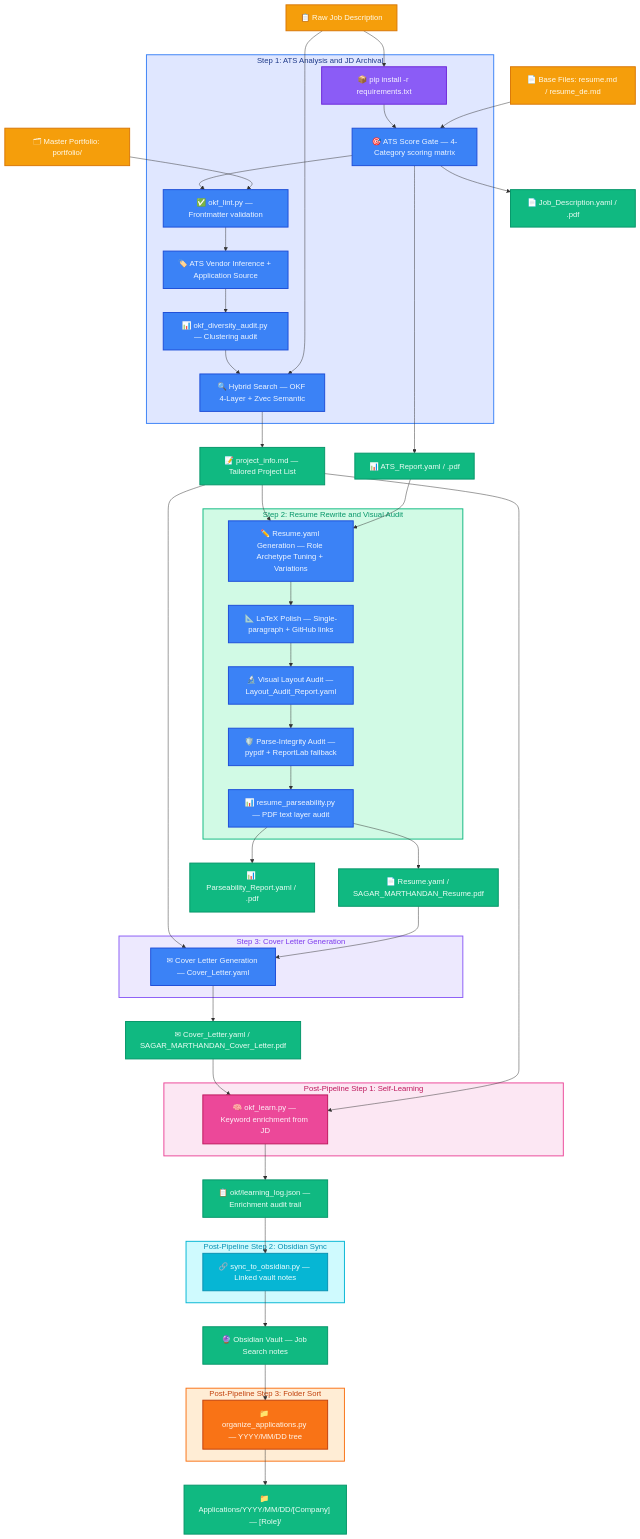
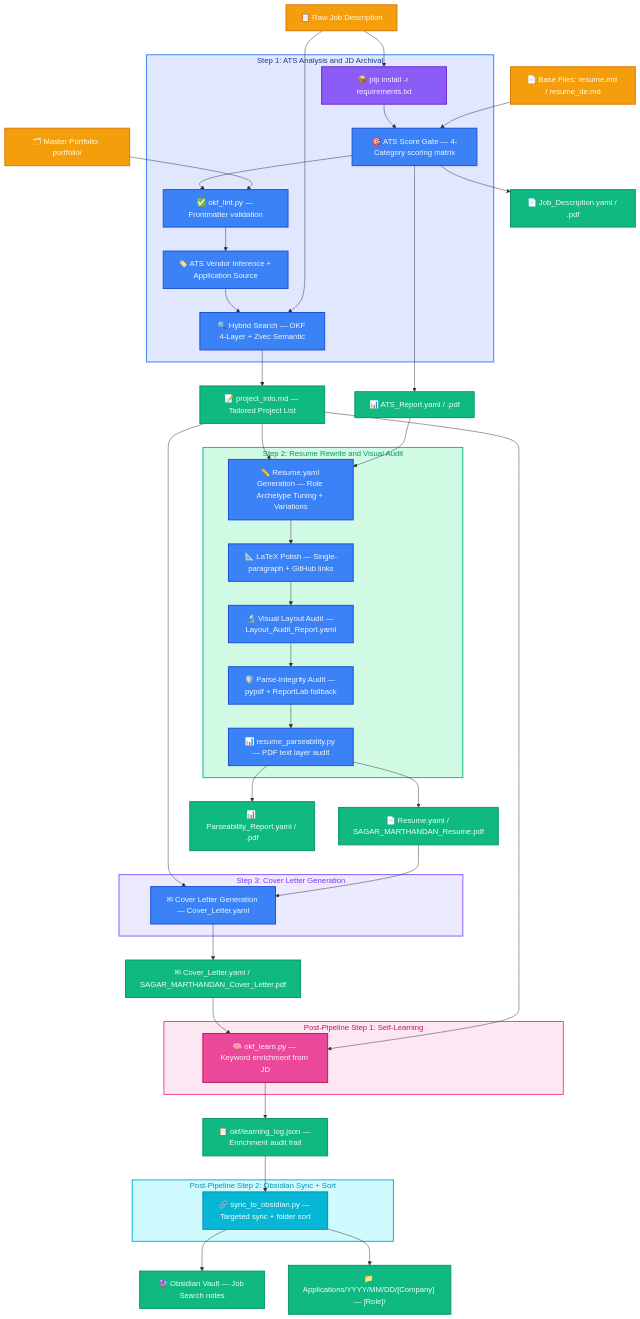
One commit to SagarMarthandan/okf-cv changed the diagram in README.md. Above: the diagram before and after it, drawn with Mermaid. The commit also changed other lines of this file and 15 other files, not shown here.

````diff
--- a/README.md
+++ b/README.md
@@ -28,7 +28,6 @@
     style Step3 fill:#ede9fe,stroke:#8b5cf6,stroke-width:2px,color:#7c3aed
     style Post1 fill:#fce7f3,stroke:#ec4899,stroke-width:2px,color:#be185d
     style Post2 fill:#cffafe,stroke:#06b6d4,stroke-width:2px,color:#0891b2
-    style Post3 fill:#ffedd5,stroke:#f97316,stroke-width:2px,color:#c2410c
 
     %% Elements
     JD["📋 Raw Job Description"]:::input
@@ -40,7 +39,6 @@
         ATS["🎯 ATS Score Gate — 4-Category scoring matrix"]:::processing
         Lint["✅ okf_lint.py — Frontmatter validation"]:::processing
         Vendor["🏷️ ATS Vendor Inference + Application Source"]:::processing
-        Diversity["📊 okf_diversity_audit.py — Clustering audit"]:::processing
         OKF["🔍 Hybrid Search — OKF 4-Layer + Zvec Semantic"]:::processing
     end
 
@@ -60,12 +58,8 @@
         Learn["🧠 okf_learn.py — Keyword enrichment from JD"]:::learn
     end
 
-    subgraph Post2 ["Post-Pipeline Step 2: Obsidian Sync"]
-        Sync["🔗 sync_to_obsidian.py — Linked vault notes"]:::sync
-    end
-
-    subgraph Post3 ["Post-Pipeline Step 3: Folder Sort"]
-        Sort["📁 organize_applications.py — YYYY/MM/DD tree"]:::sort
+    subgraph Post2 ["Post-Pipeline Step 2: Obsidian Sync + Sort"]
+        Sync["🔗 sync_to_obsidian.py — Targeted sync + folder sort"]:::sync
     end
 
     %% Pipeline Outputs
@@ -87,8 +81,7 @@
     ATS --> Lint
     RepoInfo --> Lint
     Lint --> Vendor
-    Vendor --> Diversity
-    Diversity --> OKF
+    Vendor --> OKF
     JD --> OKF
 
     ATS --> OutATS
@@ -114,7 +107,5 @@
 
     OutLog --> Sync
     Sync --> OutVault
-
-    OutVault --> Sort
-    Sort --> OutTree
+    Sync --> OutTree
 ```
````
